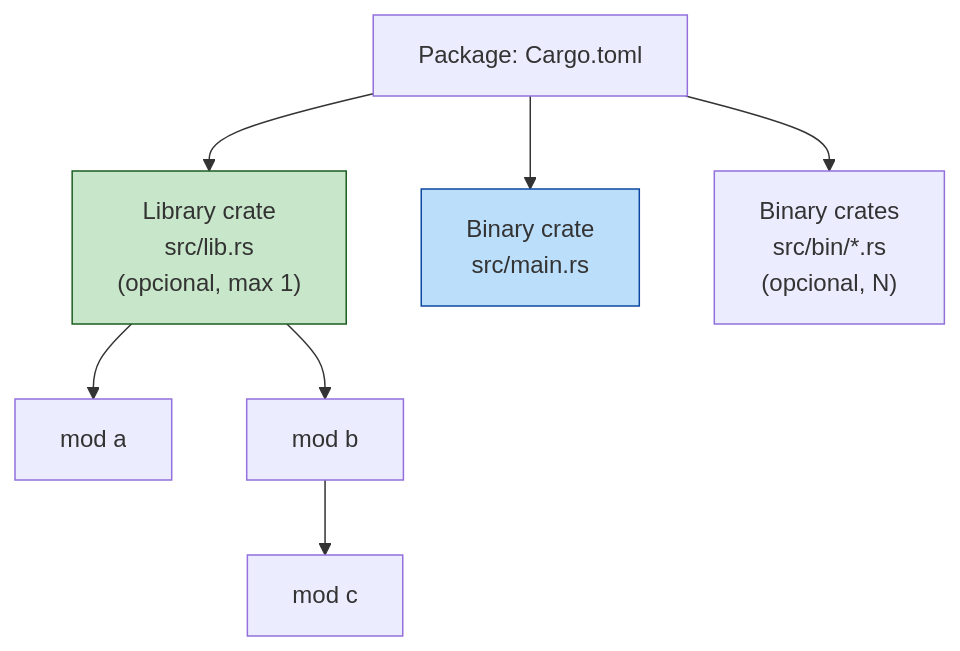
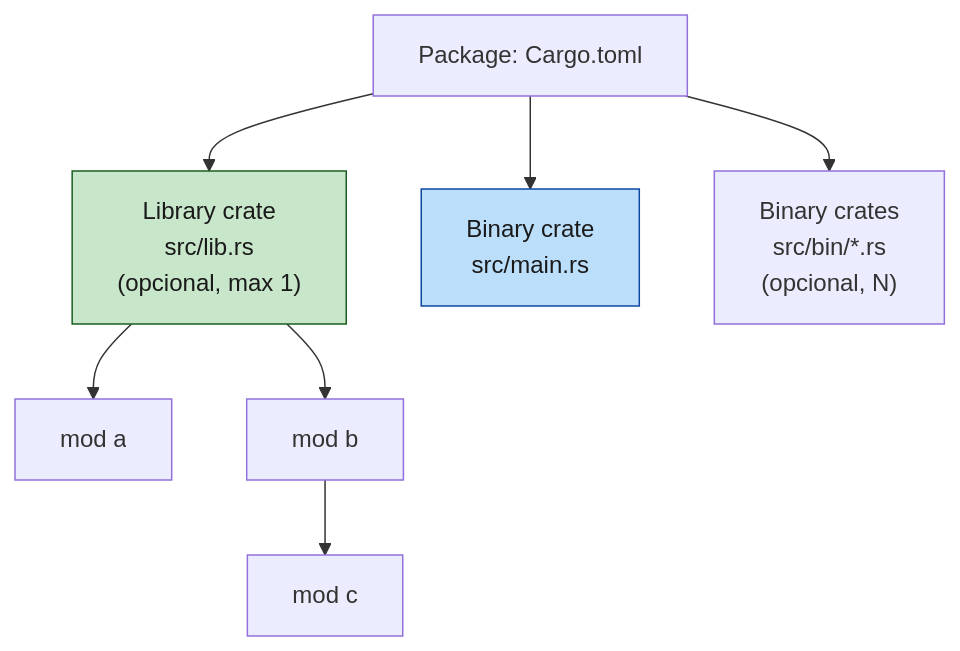
Before and after one commit to Felipeness/ferro-e-espirito: the diagram in book/part-06-modules-and-crates/ch17-crates-modulos-paths.md, drawn with Mermaid. The commit also changed 56 other files, not shown here.

First line of the commit message:
fix: contraste de texto em diagramas mermaid

````diff
--- a/book/part-06-modules-and-crates/ch17-crates-modulos-paths.md
+++ b/book/part-06-modules-and-crates/ch17-crates-modulos-paths.md
@@ -60,14 +60,14 @@
 ```mermaid
 graph TB
     Pkg[Package: Cargo.toml]
     Pkg --> Lib["Library crate<br/>src/lib.rs<br/>(opcional, max 1)"]
     Pkg --> Bin1["Binary crate<br/>src/main.rs"]
     Pkg --> BinN["Binary crates<br/>src/bin/*.rs<br/>(opcional, N)"]
 
     Lib --> Mod1[mod a]
     Lib --> Mod2[mod b]
     Mod2 --> Mod2a[mod c]
 
-    style Lib fill:#c8e6c9,stroke:#1b5e20
-    style Bin1 fill:#bbdefb,stroke:#0d47a1
+    style Lib fill:#c8e6c9,stroke:#1b5e20,color:#1a1a1a
+    style Bin1 fill:#bbdefb,stroke:#0d47a1,color:#1a1a1a
 ```
````
